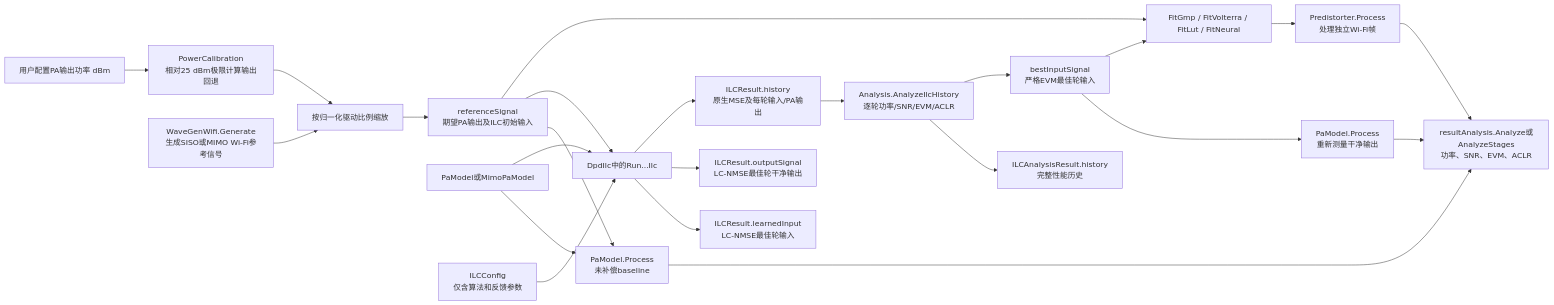
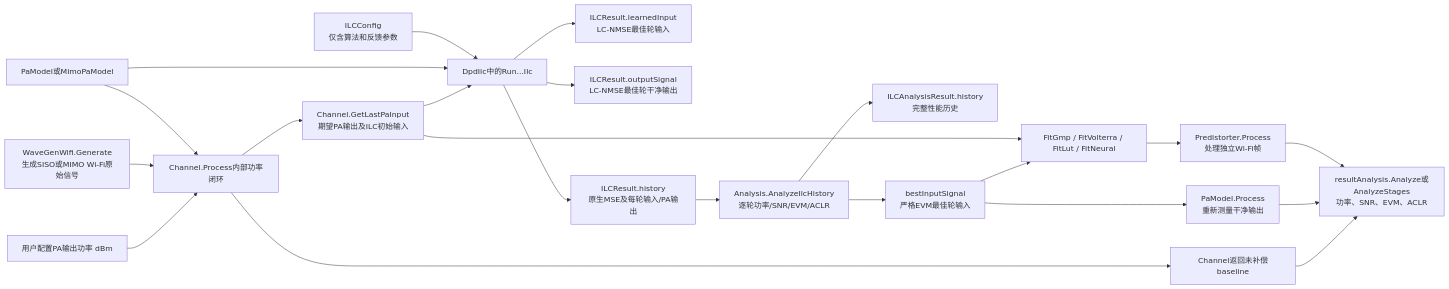
Before and after one commit to niyilu45/DPD_ILC: the first of 2 diagrams in doc/DpdIlc.md, drawn with Mermaid. The commit also changed other lines of this file and 10 other files, not shown here.

Commit message:
Integrate channel power calibration and SNR noise

````diff
--- a/doc/DpdIlc.md
+++ b/doc/DpdIlc.md
@@ -26,25 +26,24 @@
 ```mermaid
 flowchart LR
-    power["用户配置PA输出功率 dBm"] --> calibration["PowerCalibration<br/>相对25 dBm极限计算输出回退"]
-    wave["WaveGenWifi.Generate<br/>生成SISO或MIMO Wi-Fi参考信号"] --> scale["按归一化驱动比例缩放"]
-    calibration --> scale
-    scale --> reference["referenceSignal<br/>期望PA输出及ILC初始输入"]
-    reference --> baseline["PaModel.Process<br/>未补偿baseline"]
+    power["用户配置PA输出功率 dBm"] --> channelCalibration["Channel.Process内部功率闭环"]
+    wave["WaveGenWifi.Generate<br/>生成SISO或MIMO Wi-Fi原始信号"] --> channelCalibration
+    pa["PaModel或MimoPaModel"] --> channelCalibration
+    channelCalibration --> reference["Channel.GetLastPaInput<br/>期望PA输出及ILC初始输入"]
+    channelCalibration --> baseline["Channel返回未补偿baseline"]
     reference --> ilc["DpdIlc中的Run...Ilc"]
-    pa["PaModel或MimoPaModel"] --> baseline
     pa --> ilc
     config["ILCConfig<br/>仅含算法和反馈参数"] --> ilc
     ilc --> learned["ILCResult.learnedInput<br/>LC-NMSE最佳轮输入"]
     ilc --> output["ILCResult.outputSignal<br/>LC-NMSE最佳轮干净输出"]
     ilc --> history["ILCResult.history<br/>原生MSE及每轮输入/PA输出"]
     history --> analysis["Analysis.AnalyzeIlcHistory<br/>逐轮功率/SNR/EVM/ACLR"]
     analysis --> analyzedHistory["ILCAnalysisResult.history<br/>完整性能历史"]
     analysis --> evmBest["bestInputSignal<br/>严格EVM最佳轮输入"]
     evmBest --> cleanOutput["PaModel.Process<br/>重新测量干净输出"]
     evmBest --> fit["FitGmp / FitVolterra / FitLut / FitNeural"]
     reference --> fit
     fit --> deploy["Predistorter.Process<br/>处理独立Wi-Fi帧"]
     baseline --> metrics["resultAnalysis.Analyze或AnalyzeStages<br/>功率、SNR、EVM、ACLR"]
     cleanOutput --> metrics
     deploy --> metrics
 ```
````
